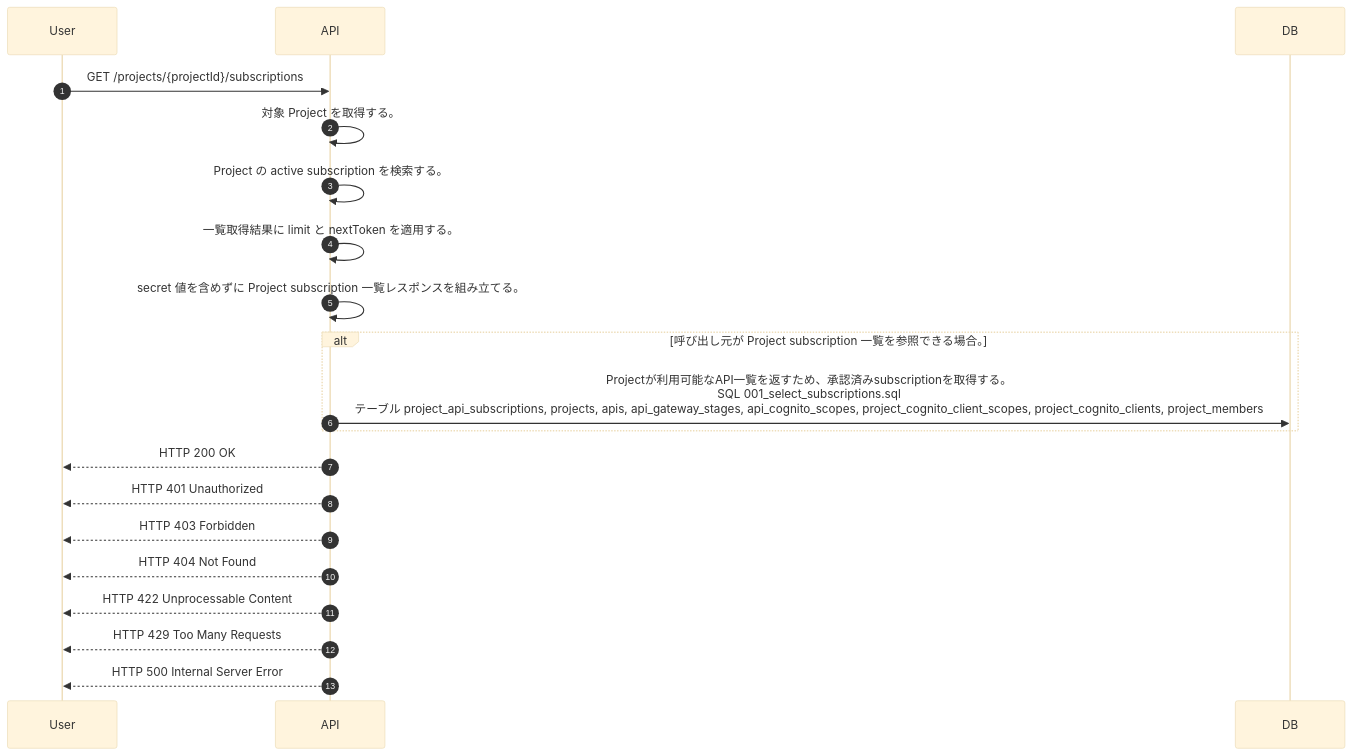
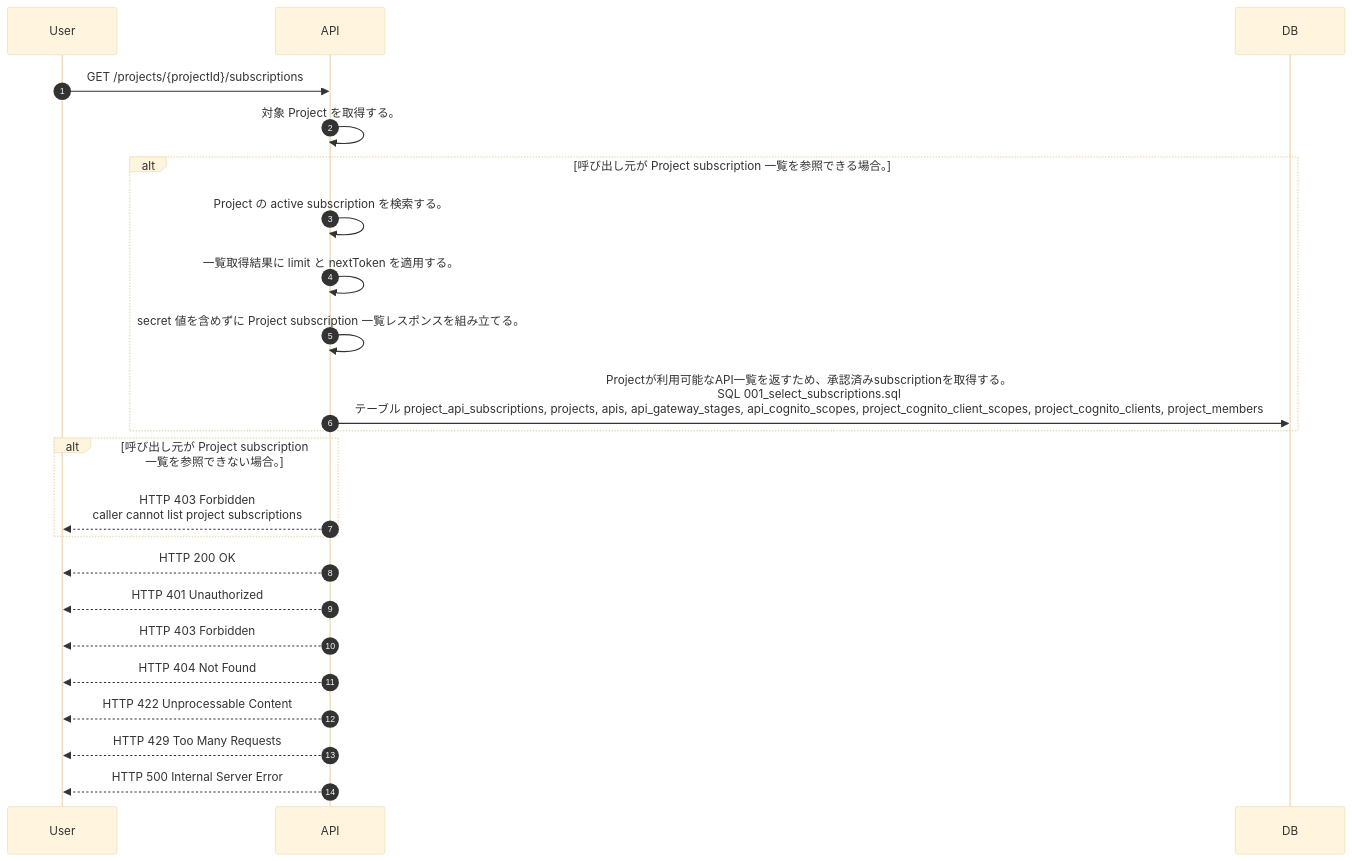
Before and after one commit to tsuji-tomonori/lazunex: the diagram in docs/spec/40.apis/projects/list_project_subscriptions/sequence_gen.md, drawn with Mermaid (base theme). The commit also changed 46 other files, not shown here.

````diff
--- a/docs/spec/40.apis/projects/list_project_subscriptions/sequence_gen.md
+++ b/docs/spec/40.apis/projects/list_project_subscriptions/sequence_gen.md
@@ -5,22 +5,25 @@
 ```mermaid
 sequenceDiagram
   autonumber
   participant User as User
   participant API as API
   participant DB as DB
   User->>API: GET /projects/{projectId}/subscriptions
   API->>API: 対象 Project を取得する。
-  API->>API: Project の active subscription を検索する。
-  API->>API: 一覧取得結果に limit と nextToken を適用する。
-  API->>API: secret 値を含めずに Project subscription 一覧レスポンスを組み立てる。
   alt 呼び出し元が Project subscription 一覧を参照できる場合。
+    API->>API: Project の active subscription を検索する。
+    API->>API: 一覧取得結果に limit と nextToken を適用する。
+    API->>API: secret 値を含めずに Project subscription 一覧レスポンスを組み立てる。
     API->>DB: Projectが利用可能なAPI一覧を返すため、承認済みsubscriptionを取得する。<br/>SQL 001_select_subscriptions.sql<br/>テーブル project_api_subscriptions, projects, apis, api_gateway_stages, api_cognito_scopes, project_cognito_client_scopes, project_cognito_clients, project_members
+  end
+  alt 呼び出し元が Project subscription 一覧を参照できない場合。
+    API-->>User: HTTP 403 Forbidden<br/>caller cannot list project subscriptions
   end
   API-->>User: HTTP 200 OK
   API-->>User: HTTP 401 Unauthorized
   API-->>User: HTTP 403 Forbidden
   API-->>User: HTTP 404 Not Found
   API-->>User: HTTP 422 Unprocessable Content
   API-->>User: HTTP 429 Too Many Requests
   API-->>User: HTTP 500 Internal Server Error
 ```
````
